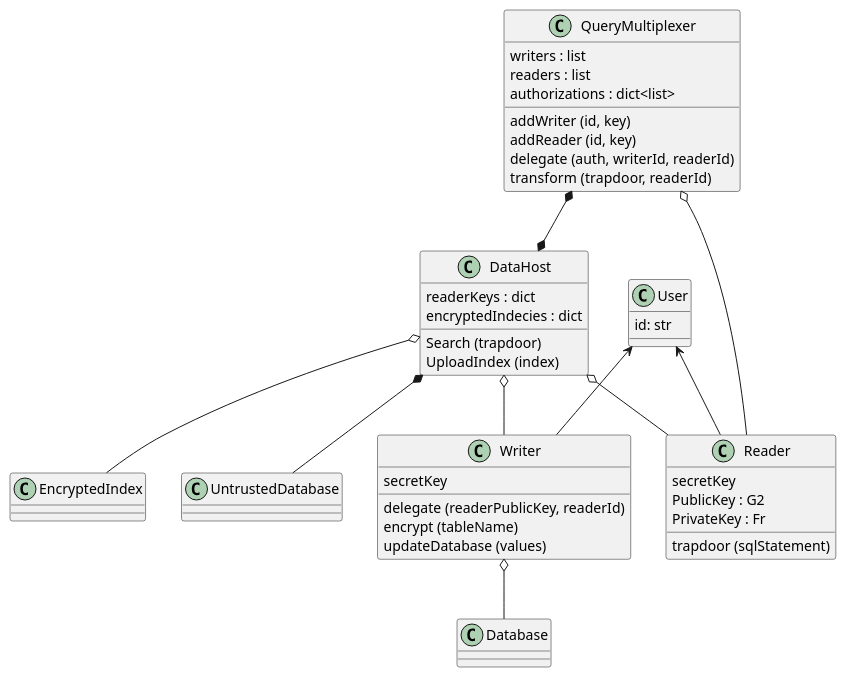
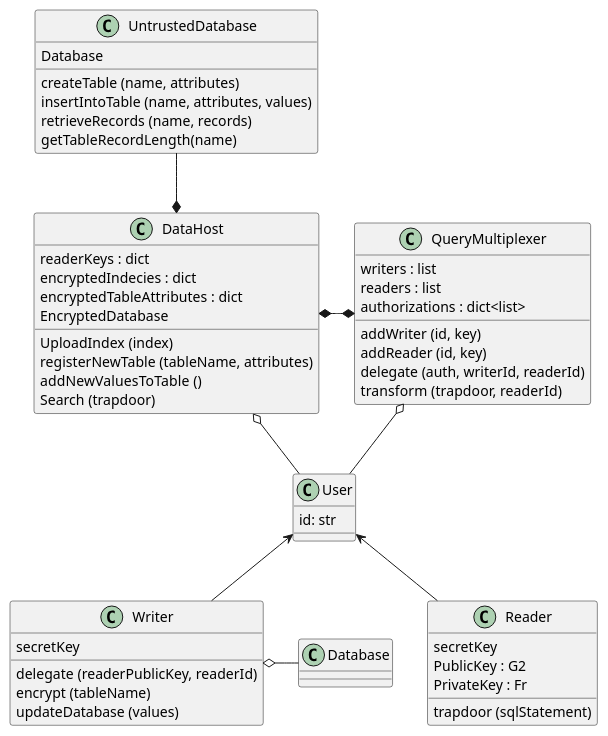
The diagram in scheme/diagrams/scheme.puml (Cis-4520-Gaviel/Molecule-Viewer-Dataviewer), drawn with PlantUML before and after one commit. The commit also changed 1 other file, not shown here.

Commit message:
finish diagrams

```diff
--- a/scheme/diagrams/scheme.puml
+++ b/scheme/diagrams/scheme.puml
@@ -1,45 +1,52 @@
 @startuml scheme
 class User
 User : id: str
+class UntrustedDatabase
 class Reader
 class Writer
 class Database
 class QueryMultiplexer
 class DataHost
-class EncryptedIndex 
-class UntrustedDatabase
 
 Reader : secretKey
 Reader : PublicKey : G2
 Reader : PrivateKey : Fr
 
 Writer : secretKey
-DataHost o-- Reader
 DataHost : readerKeys : dict
 DataHost : encryptedIndecies : dict
+DataHost : encryptedTableAttributes : dict
+DataHost : EncryptedDatabase
+DataHost : UploadIndex (index)
+DataHost : registerNewTable (tableName, attributes)
+DataHost : addNewValuesToTable ()
 DataHost : Search (trapdoor)
-DataHost : UploadIndex (index)
 
 QueryMultiplexer : writers : list
 QueryMultiplexer : readers : list
 QueryMultiplexer : authorizations : dict<list>
 QueryMultiplexer : addWriter (id, key)
 QueryMultiplexer : addReader (id, key)
 QueryMultiplexer : delegate (auth, writerId, readerId)
 QueryMultiplexer : transform (trapdoor, readerId)
 
+UntrustedDatabase : Database
+UntrustedDatabase : createTable (name, attributes)
+UntrustedDatabase : insertIntoTable (name, attributes, values)
+UntrustedDatabase : retrieveRecords (name, records)
+UntrustedDatabase : getTableRecordLength(name)
+
 Writer : delegate (readerPublicKey, readerId)
 Writer : encrypt (tableName)
 Writer : updateDatabase (values)
 
 Reader : trapdoor (sqlStatement)
 
-QueryMultiplexer o-- Reader
-DataHost o-- Writer
+UntrustedDatabase --* DataHost
+DataHost *-* QueryMultiplexer
+QueryMultiplexer o-- User
+DataHost o-- User
 User <-- Reader
 User <-- Writer
-Writer o-- Database
-DataHost o-- EncryptedIndex
-QueryMultiplexer *--* DataHost
-DataHost *-- UntrustedDatabase
+Writer o- Database
 @enduml
```
